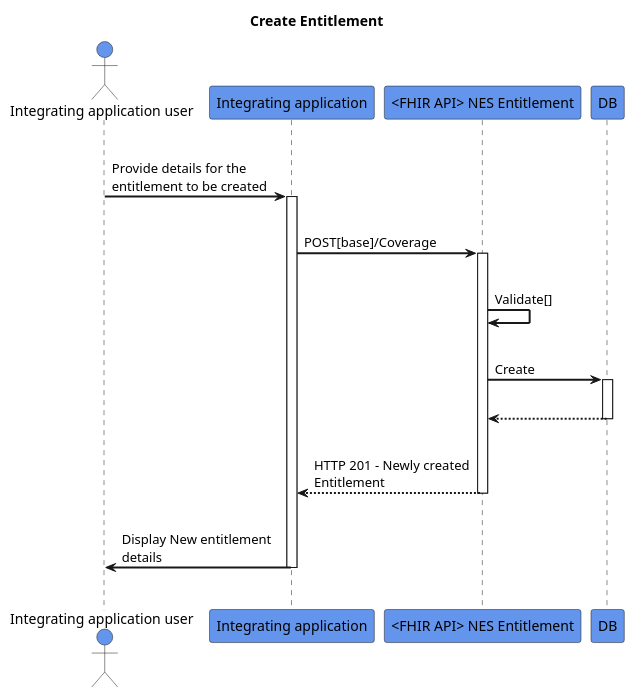
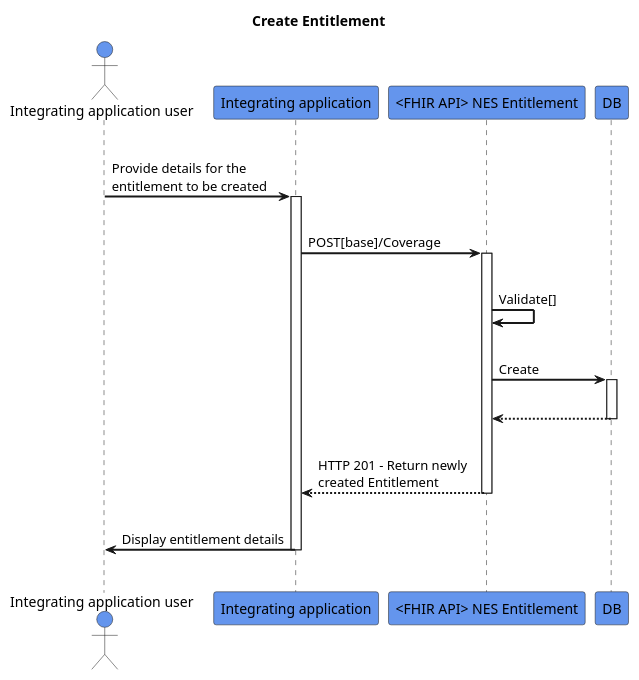
Before and after one commit to HL7NZ/nes-ig: the diagram in input/images-source/create-entitlement.plantuml, drawn with PlantUML.

```diff
--- a/input/images-source/create-entitlement.plantuml
+++ b/input/images-source/create-entitlement.plantuml
@@ -1,32 +1,32 @@
 @startuml
 skinparam sequenceArrowThickness 2
 skinparam roundcorner 5
 skinparam maxmessagesize 180
 skinparam sequenceParticipant bold
 title Create Entitlement
 actor "Integrating application user" as User #CornflowerBlue
 participant "Integrating application" as A #CornflowerBlue
 participant "<FHIR API> NES Entitlement" as B #CornflowerBlue
 participant "DB" as C #CornflowerBlue
 |||
 User -> A: Provide details for the entitlement to be created
 activate A
 |||
 A -> B: POST[base]/Coverage
 activate B
 |||
 B -> B: Validate[]
 |||
 B -> C: Create
 activate C
 |||
 C -[dashed]-> B:  
 deactivate C
 |||
-B -[dashed]-> A: HTTP 201 - Newly created Entitlement
+B -[dashed]-> A: HTTP 201 - Return newly created Entitlement
 deactivate B
 |||
-A -> User: Display New entitlement details
+A -> User: Display entitlement details
 deactivate A
 |||
 @enduml
```
